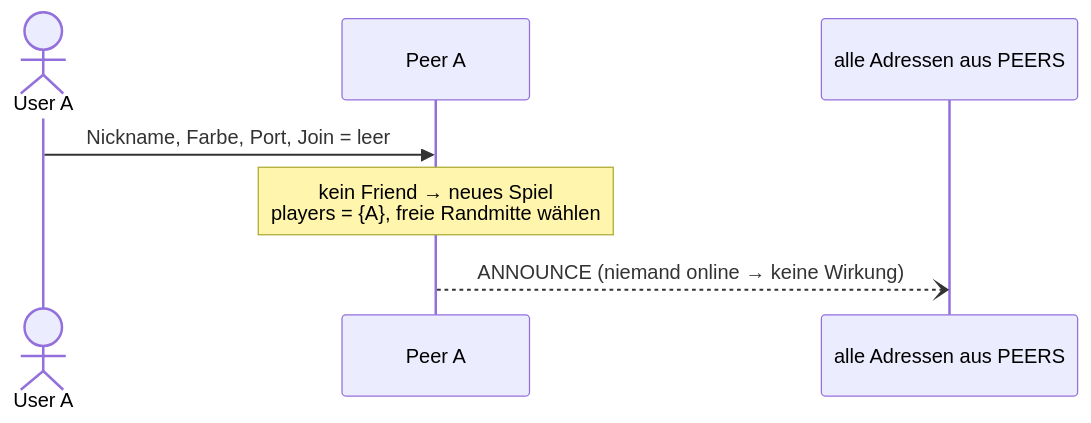
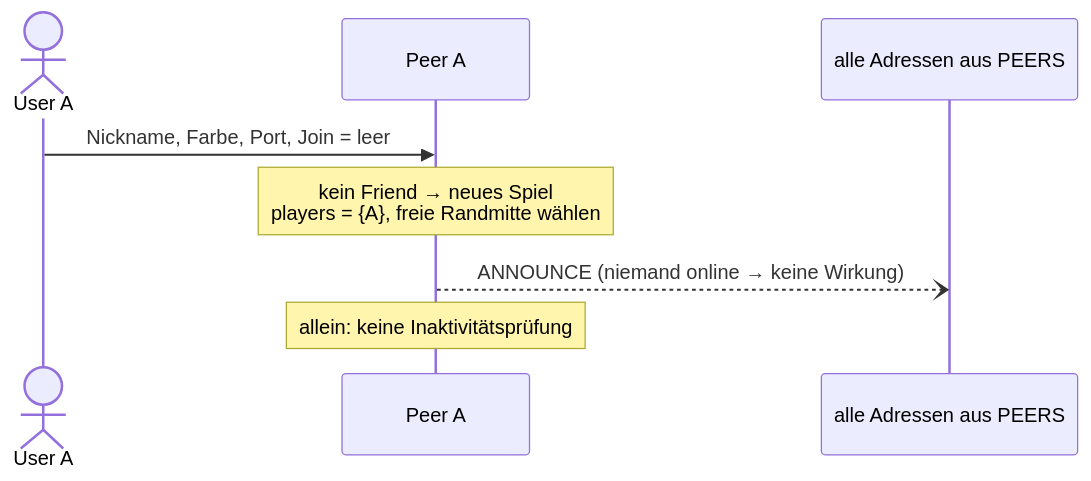
One commit to michaelmink/verteilte_systeme changed the first of 7 diagrams in labor/versuch_1_peer-to-peer/python/teil_1/Design_Teil1.md. Above: the diagram before and after it, drawn with Mermaid. The commit also changed other lines of this file and 2 other files, not shown here.

````diff
--- a/labor/versuch_1_peer-to-peer/python/teil_1/Design_Teil1.md
+++ b/labor/versuch_1_peer-to-peer/python/teil_1/Design_Teil1.md
@@ -83,9 +83,10 @@
 ```mermaid
 sequenceDiagram
     actor U as User A
     participant A as Peer A
     participant P as alle Adressen aus PEERS
     U->>A: Nickname, Farbe, Port, Join = leer
     Note over A: kein Friend → neues Spiel<br/>players = {A}, freie Randmitte wählen
     A--)P: ANNOUNCE (niemand online → keine Wirkung)
+    Note over A: allein: keine Inaktivitätsprüfung
 ```
````
